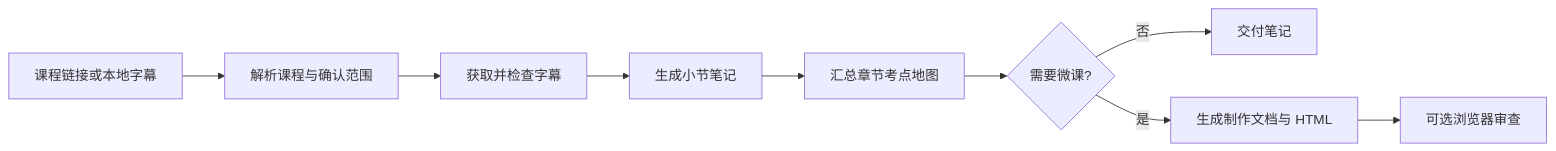
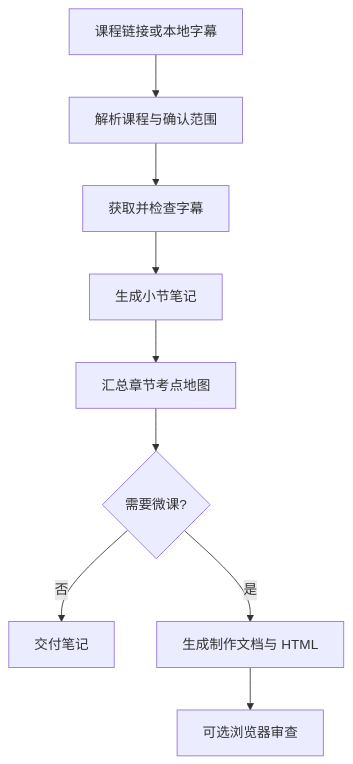
The diagram in README.md (JiaMingWang-CN/course-notes), drawn with Mermaid before and after one commit.

Commit message:
fix: make workflow diagram responsive

````diff
--- a/README.md
+++ b/README.md
@@ -58,11 +58,11 @@
 ```mermaid
-flowchart LR
+flowchart TD
     A[课程链接或本地字幕] --> B[解析课程与确认范围]
     B --> C[获取并检查字幕]
     C --> D[生成小节笔记]
     D --> E[汇总章节考点地图]
     E --> F{需要微课?}
     F -- 否 --> G[交付笔记]
     F -- 是 --> H[生成制作文档与 HTML]
     H --> I[可选浏览器审查]
 ```
````
